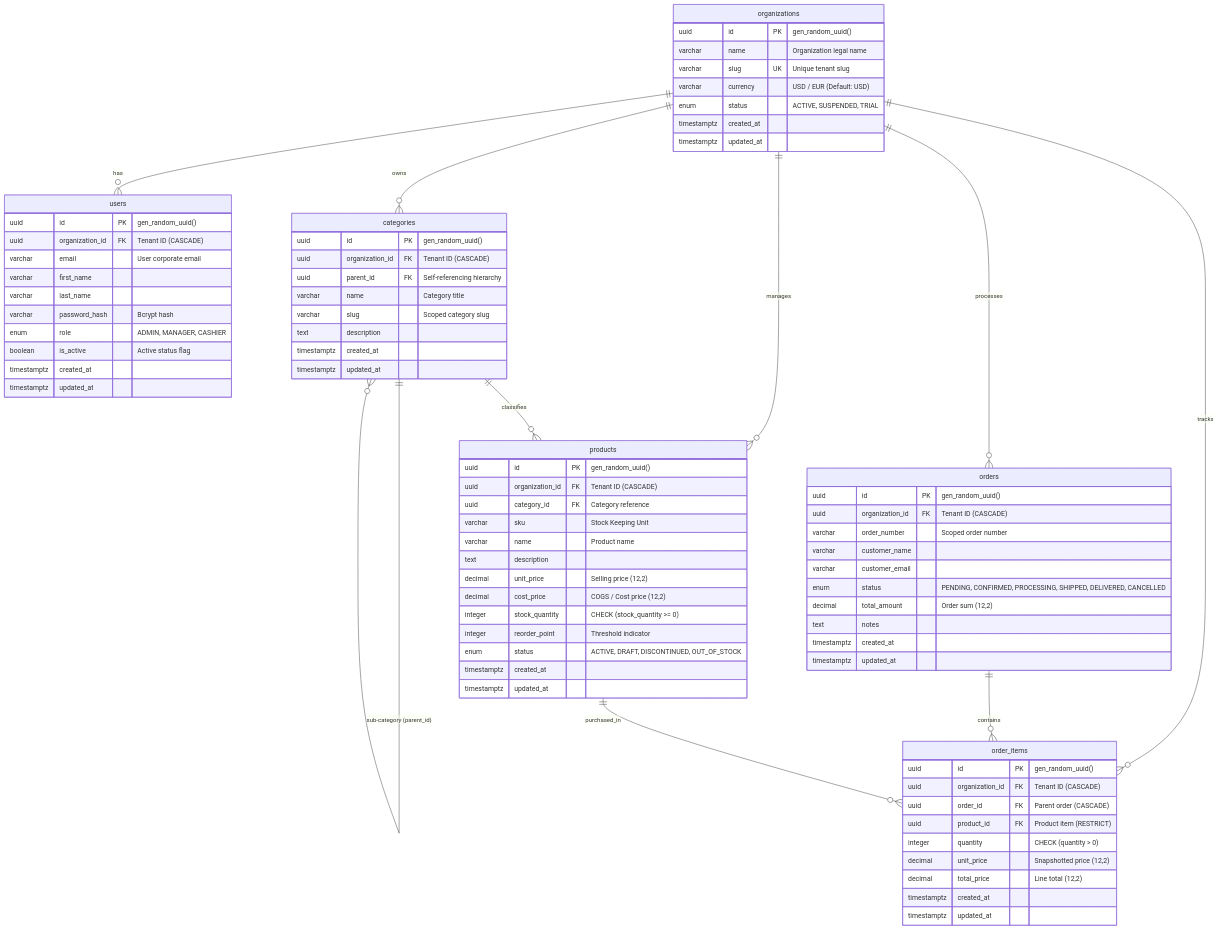
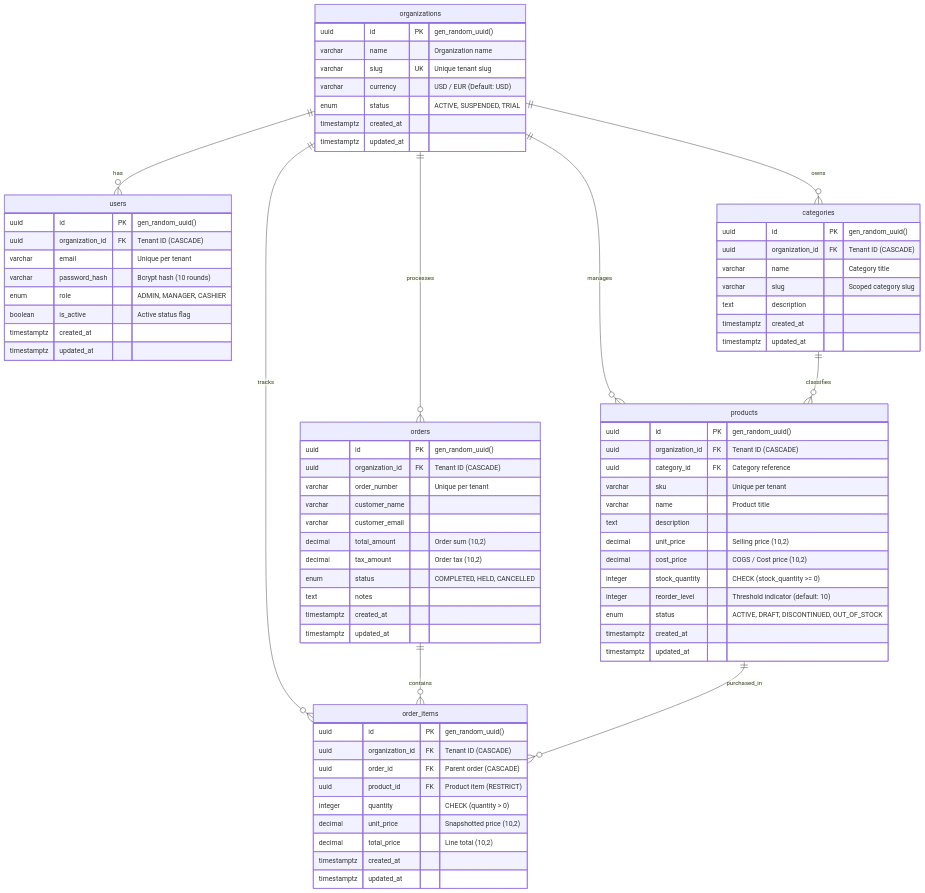
Before and after one commit to shatwiks/StockPulse-Multi-Tenant-Inventory-Order-Engine: the diagram in README.md, drawn with Mermaid. The commit also changed other lines of this file and 23 other files, not shown here.

Commit message:
feat(arch): configure monorepo structure, hardened tsconfig, and multi-tenant schema

```diff
--- a/README.md
+++ b/README.md
@@ -114,14 +96,13 @@
     organizations ||--o{ orders : "processes"
     organizations ||--o{ order_items : "tracks"
 
-    categories ||--o{ categories : "sub-category (parent_id)"
     categories ||--o{ products : "classifies"
     orders ||--o{ order_items : "contains"
     products ||--o{ order_items : "purchased_in"
 
     organizations {
         uuid id PK "gen_random_uuid()"
-        varchar name "Organization legal name"
+        varchar name "Organization name"
         varchar slug UK "Unique tenant slug"
         varchar currency "USD / EUR (Default: USD)"
         enum status "ACTIVE, SUSPENDED, TRIAL"
@@ -132,10 +113,8 @@
     users {
         uuid id PK "gen_random_uuid()"
         uuid organization_id FK "Tenant ID (CASCADE)"
-        varchar email "User corporate email"
-        varchar first_name
-        varchar last_name
-        varchar password_hash "Bcrypt hash"
+        varchar email "Unique per tenant"
+        varchar password_hash "Bcrypt hash (10 rounds)"
         enum role "ADMIN, MANAGER, CASHIER"
         boolean is_active "Active status flag"
         timestamptz created_at
@@ -145,7 +124,6 @@
     categories {
         uuid id PK "gen_random_uuid()"
         uuid organization_id FK "Tenant ID (CASCADE)"
-        uuid parent_id FK "Self-referencing hierarchy"
         varchar name "Category title"
         varchar slug "Scoped category slug"
         text description
@@ -157,13 +135,13 @@
         uuid id PK "gen_random_uuid()"
         uuid organization_id FK "Tenant ID (CASCADE)"
         uuid category_id FK "Category reference"
-        varchar sku "Stock Keeping Unit"
-        varchar name "Product name"
+        varchar sku "Unique per tenant"
+        varchar name "Product title"
         text description
-        decimal unit_price "Selling price (12,2)"
-        decimal cost_price "COGS / Cost price (12,2)"
+        decimal unit_price "Selling price (10,2)"
+        decimal cost_price "COGS / Cost price (10,2)"
         integer stock_quantity "CHECK (stock_quantity >= 0)"
-        integer reorder_point "Threshold indicator"
+        integer reorder_level "Threshold indicator (default: 10)"
         enum status "ACTIVE, DRAFT, DISCONTINUED, OUT_OF_STOCK"
         timestamptz created_at
         timestamptz updated_at
@@ -172,11 +150,12 @@
     orders {
         uuid id PK "gen_random_uuid()"
         uuid organization_id FK "Tenant ID (CASCADE)"
-        varchar order_number "Scoped order number"
+        varchar order_number "Unique per tenant"
         varchar customer_name
         varchar customer_email
-        enum status "PENDING, CONFIRMED, PROCESSING, SHIPPED, DELIVERED, CANCELLED"
-        decimal total_amount "Order sum (12,2)"
+        decimal total_amount "Order sum (10,2)"
+        decimal tax_amount "Order tax (10,2)"
+        enum status "COMPLETED, HELD, CANCELLED"
         text notes
         timestamptz created_at
         timestamptz updated_at
@@ -188,8 +167,8 @@
         uuid order_id FK "Parent order (CASCADE)"
         uuid product_id FK "Product item (RESTRICT)"
         integer quantity "CHECK (quantity > 0)"
-        decimal unit_price "Snapshotted price (12,2)"
-        decimal total_price "Line total (12,2)"
+        decimal unit_price "Snapshotted price (10,2)"
+        decimal total_price "Line total (10,2)"
         timestamptz created_at
         timestamptz updated_at
     }
```
